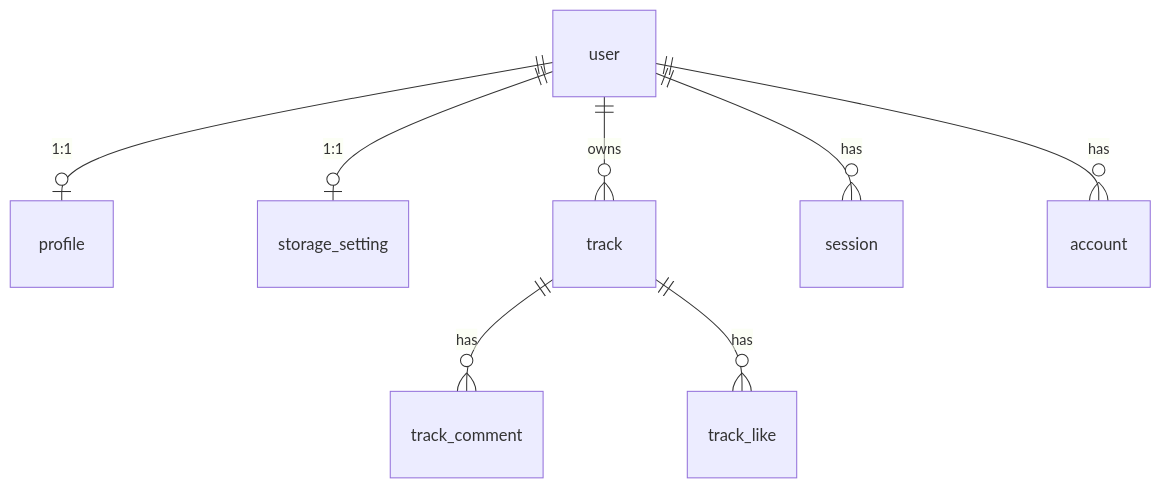
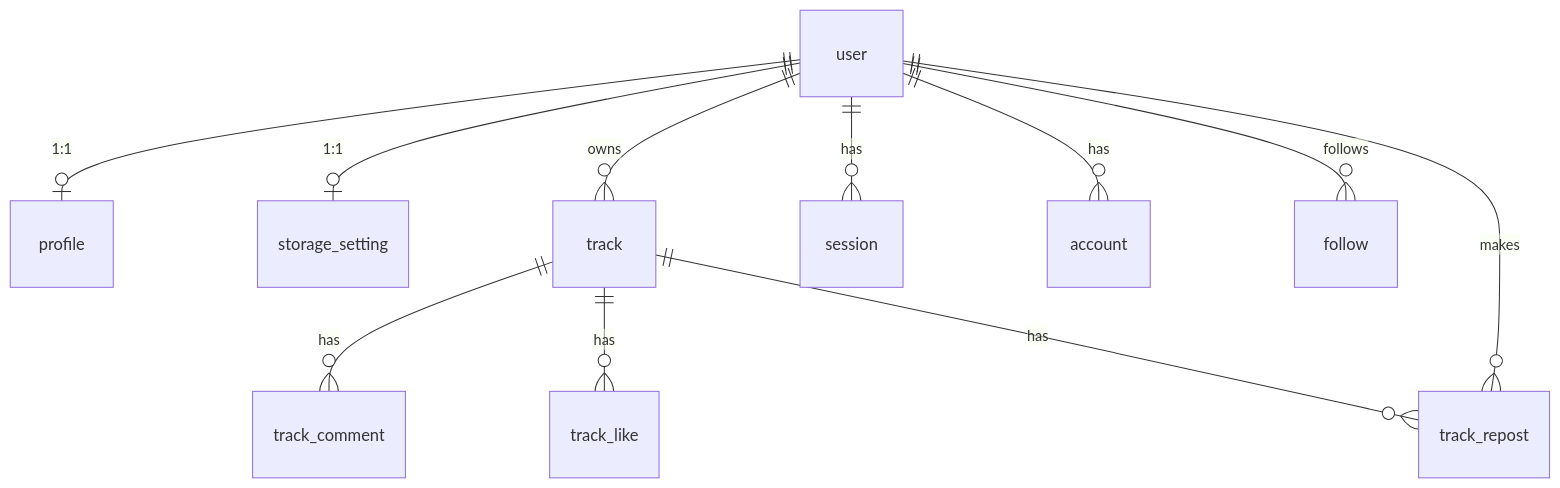
Before and after one commit to spreadsheetsusa/sndbnk: the diagram in docs/data-model.md, drawn with Mermaid. The commit also changed other lines of this file and 108 other files, not shown here.

````diff
--- a/docs/data-model.md
+++ b/docs/data-model.md
@@ -115,10 +132,13 @@
 ```mermaid
 erDiagram
   user ||--o| profile : "1:1"
   user ||--o| storage_setting : "1:1"
   user ||--o{ track : owns
   user ||--o{ session : has
   user ||--o{ account : has
   track ||--o{ track_comment : has
   track ||--o{ track_like : has
+  track ||--o{ track_repost : has
+  user ||--o{ track_repost : makes
+  user ||--o{ follow : follows
 ```
````
